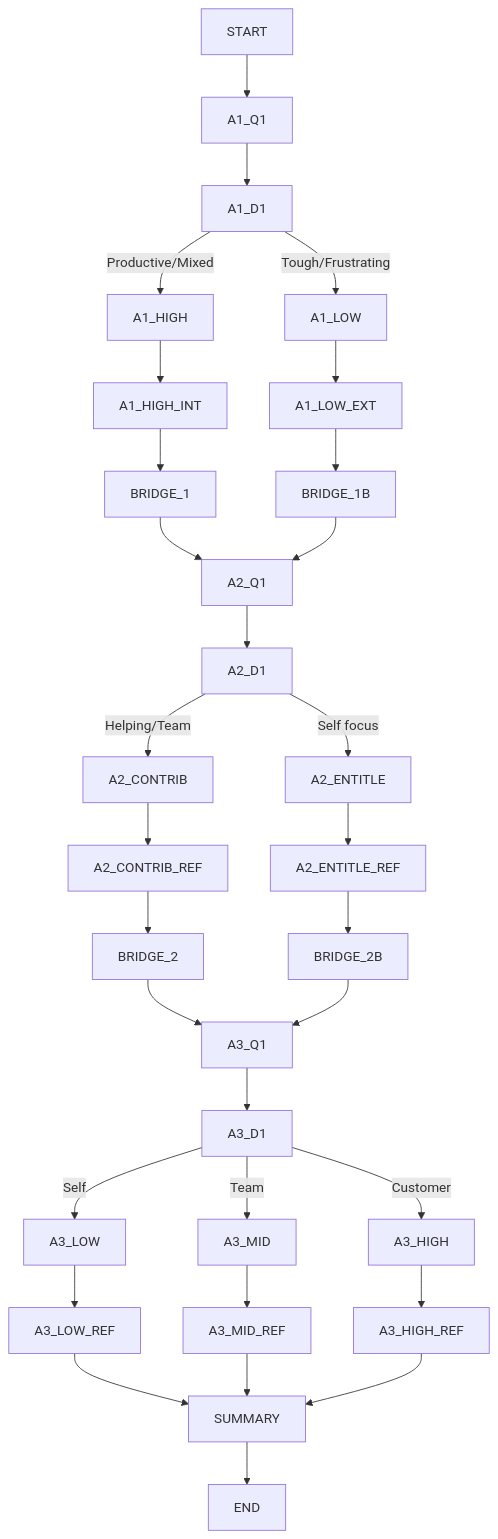
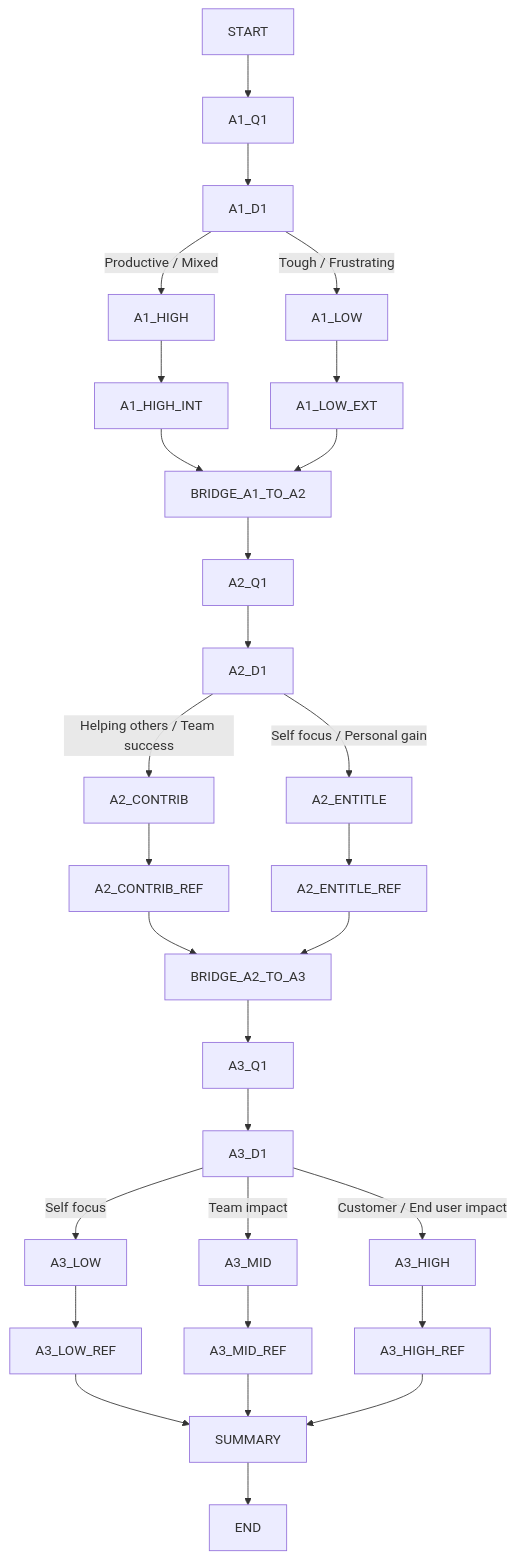
One commit to KISHANN16/dt-reflection-tree changed the diagram in tree/tree-diagram.md. Above: the diagram before and after it, drawn with Mermaid.

Commit message:
Refactor tree diagram labels for clarity

````diff
--- a/tree/tree-diagram.md
+++ b/tree/tree-diagram.md
@@ -3,49 +3,51 @@
 ```mermaid
+%% Axis 1: Agency (Internal vs External)
+%% Axis 2: Contribution vs Entitlement
+%% Axis 3: Radius (Self vs Team vs Customer)
+
 graph TD
 
 START --> A1_Q1
 
 A1_Q1 --> A1_D1
 
-A1_D1 -->|Productive/Mixed| A1_HIGH
-A1_D1 -->|Tough/Frustrating| A1_LOW
+A1_D1 -->|Productive / Mixed| A1_HIGH
+A1_D1 -->|Tough / Frustrating| A1_LOW
 
 A1_HIGH --> A1_HIGH_INT
 A1_LOW --> A1_LOW_EXT
 
-A1_HIGH_INT --> BRIDGE_1
-A1_LOW_EXT --> BRIDGE_1B
+A1_HIGH_INT --> BRIDGE_A1_TO_A2
+A1_LOW_EXT --> BRIDGE_A1_TO_A2
 
-BRIDGE_1 --> A2_Q1
-BRIDGE_1B --> A2_Q1
+BRIDGE_A1_TO_A2 --> A2_Q1
 
 A2_Q1 --> A2_D1
 
-A2_D1 -->|Helping/Team| A2_CONTRIB
-A2_D1 -->|Self focus| A2_ENTITLE
+A2_D1 -->|Helping others / Team success| A2_CONTRIB
+A2_D1 -->|Self focus / Personal gain| A2_ENTITLE
 
 A2_CONTRIB --> A2_CONTRIB_REF
 A2_ENTITLE --> A2_ENTITLE_REF
 
-A2_CONTRIB_REF --> BRIDGE_2
-A2_ENTITLE_REF --> BRIDGE_2B
+A2_CONTRIB_REF --> BRIDGE_A2_TO_A3
+A2_ENTITLE_REF --> BRIDGE_A2_TO_A3
 
-BRIDGE_2 --> A3_Q1
-BRIDGE_2B --> A3_Q1
+BRIDGE_A2_TO_A3 --> A3_Q1
 
 A3_Q1 --> A3_D1
 
-A3_D1 -->|Self| A3_LOW
-A3_D1 -->|Team| A3_MID
-A3_D1 -->|Customer| A3_HIGH
+A3_D1 -->|Self focus| A3_LOW
+A3_D1 -->|Team impact| A3_MID
+A3_D1 -->|Customer / End user impact| A3_HIGH
 
 A3_LOW --> A3_LOW_REF
 A3_MID --> A3_MID_REF
 A3_HIGH --> A3_HIGH_REF
 
 A3_LOW_REF --> SUMMARY
 A3_MID_REF --> SUMMARY
 A3_HIGH_REF --> SUMMARY
 
 SUMMARY --> END
 ```
````
